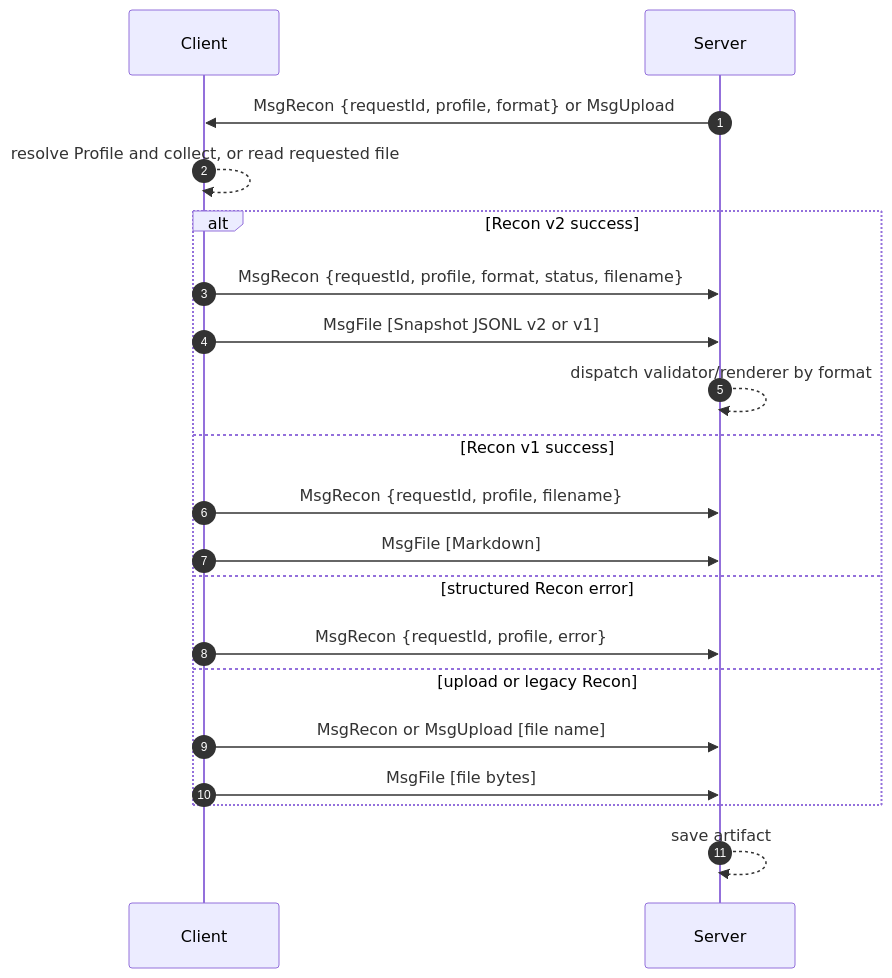
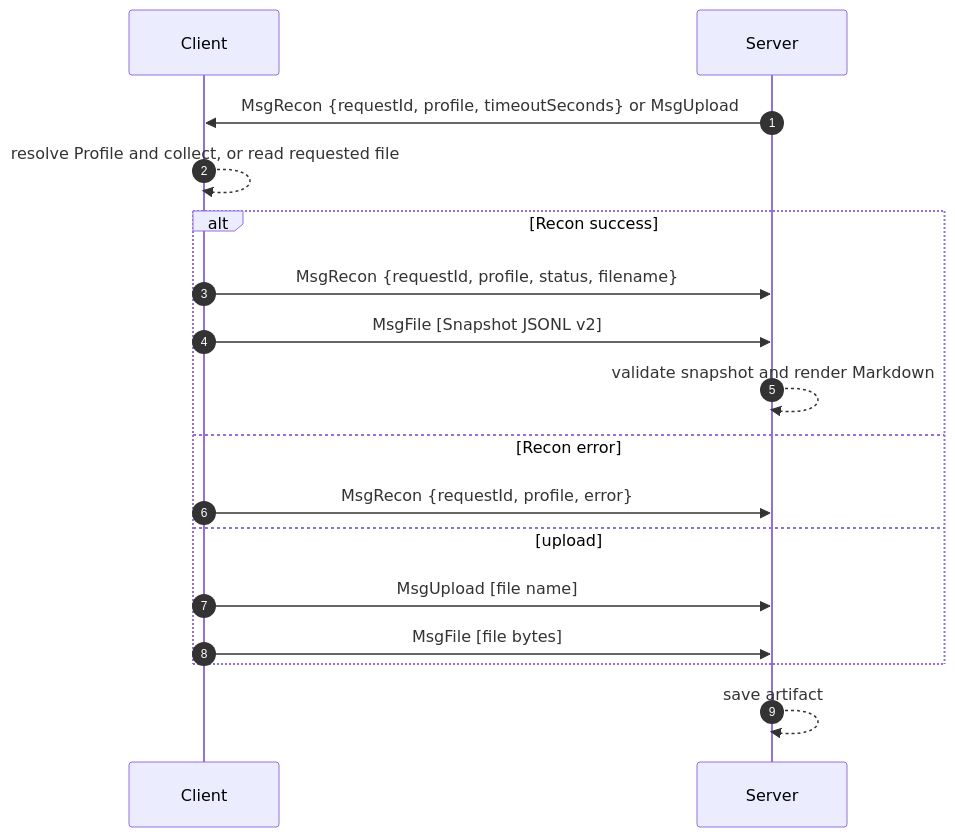
The second of 6 diagrams in content/docs/(siren)/protocol.mdx (SignorMercurio/siren_docs), drawn with Mermaid before and after one commit. The commit also changed other lines of this file and 13 other files, not shown here.

````diff
--- a/content/docs/(siren)/protocol.mdx
+++ b/content/docs/(siren)/protocol.mdx
@@ -129,22 +118,19 @@
 ```mermaid
 sequenceDiagram
     autonumber
     participant C as Client
     participant S as Server
-    S->>C: MsgRecon {requestId, profile, format} or MsgUpload
+    S->>C: MsgRecon {requestId, profile, timeoutSeconds} or MsgUpload
     C-->>C: resolve Profile and collect, or read requested file
-    alt Recon v2 success
-        C->>S: MsgRecon {requestId, profile, format, status, filename}
-        C->>S: MsgFile [Snapshot JSONL v2 or v1]
-        S-->>S: dispatch validator/renderer by format
-    else Recon v1 success
-        C->>S: MsgRecon {requestId, profile, filename}
-        C->>S: MsgFile [Markdown]
-    else structured Recon error
+    alt Recon success
+        C->>S: MsgRecon {requestId, profile, status, filename}
+        C->>S: MsgFile [Snapshot JSONL v2]
+        S-->>S: validate snapshot and render Markdown
+    else Recon error
         C->>S: MsgRecon {requestId, profile, error}
-    else upload or legacy Recon
-        C->>S: MsgRecon or MsgUpload [file name]
+    else upload
+        C->>S: MsgUpload [file name]
         C->>S: MsgFile [file bytes]
     end
     S-->>S: save artifact
 ```
````
